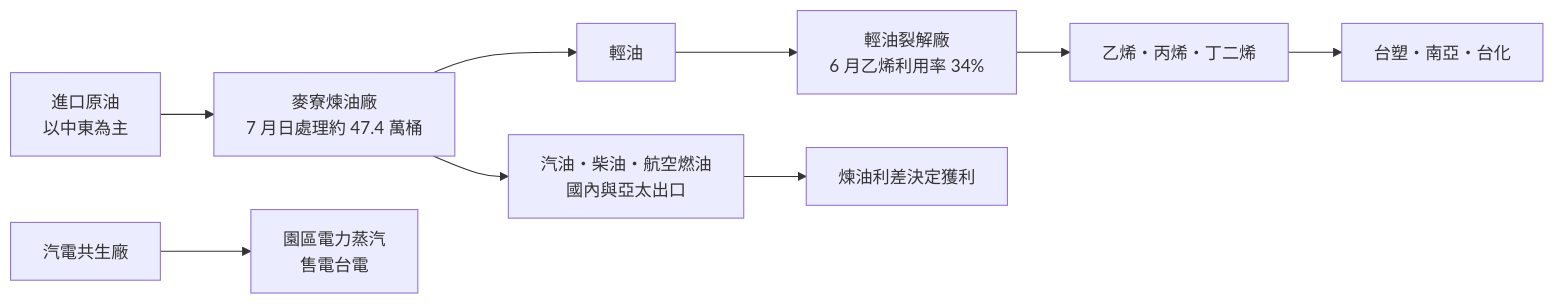
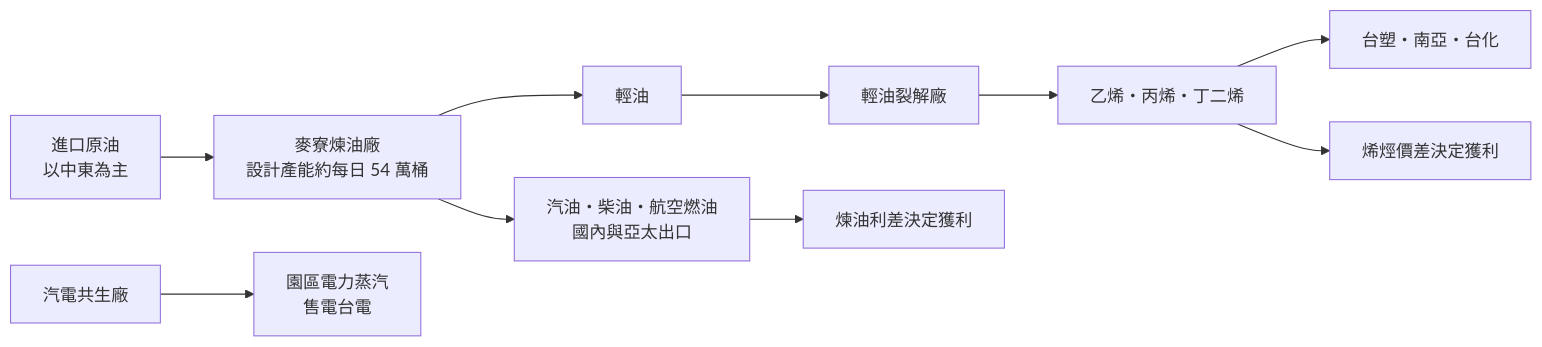
Before and after one commit to wangnick1004/taiwan-stock-vault: the second of 4 diagrams in 個股/台股/6505台塑化.md, drawn with Mermaid. The commit also changed other lines of this file and 1 other file, not shown here.

````diff
--- a/個股/台股/6505台塑化.md
+++ b/個股/台股/6505台塑化.md
@@ -60,11 +70,12 @@
 ```mermaid
 flowchart LR
-    A[進口原油<br/>以中東為主] --> B[麥寮煉油廠<br/>7 月日處理約 47.4 萬桶]
+    A[進口原油<br/>以中東為主] --> B[麥寮煉油廠<br/>設計產能約每日 54 萬桶]
     B --> C[汽油・柴油・航空燃油<br/>國內與亞太出口]
     B --> D[輕油]
-    D --> E[輕油裂解廠<br/>6 月乙烯利用率 34%]
+    D --> E[輕油裂解廠]
     E --> F[乙烯・丙烯・丁二烯]
     F --> G[台塑・南亞・台化]
     H[汽電共生廠] --> I[園區電力蒸汽<br/>售電台電]
     C --> J[煉油利差決定獲利]
+    F --> K[烯烴價差決定獲利]
 ```
````
